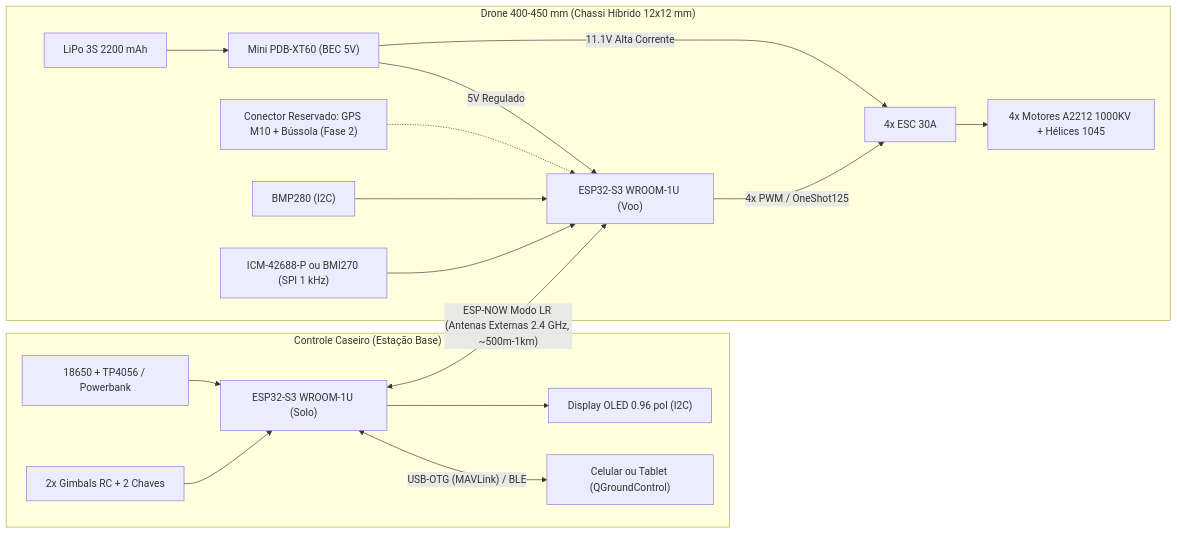
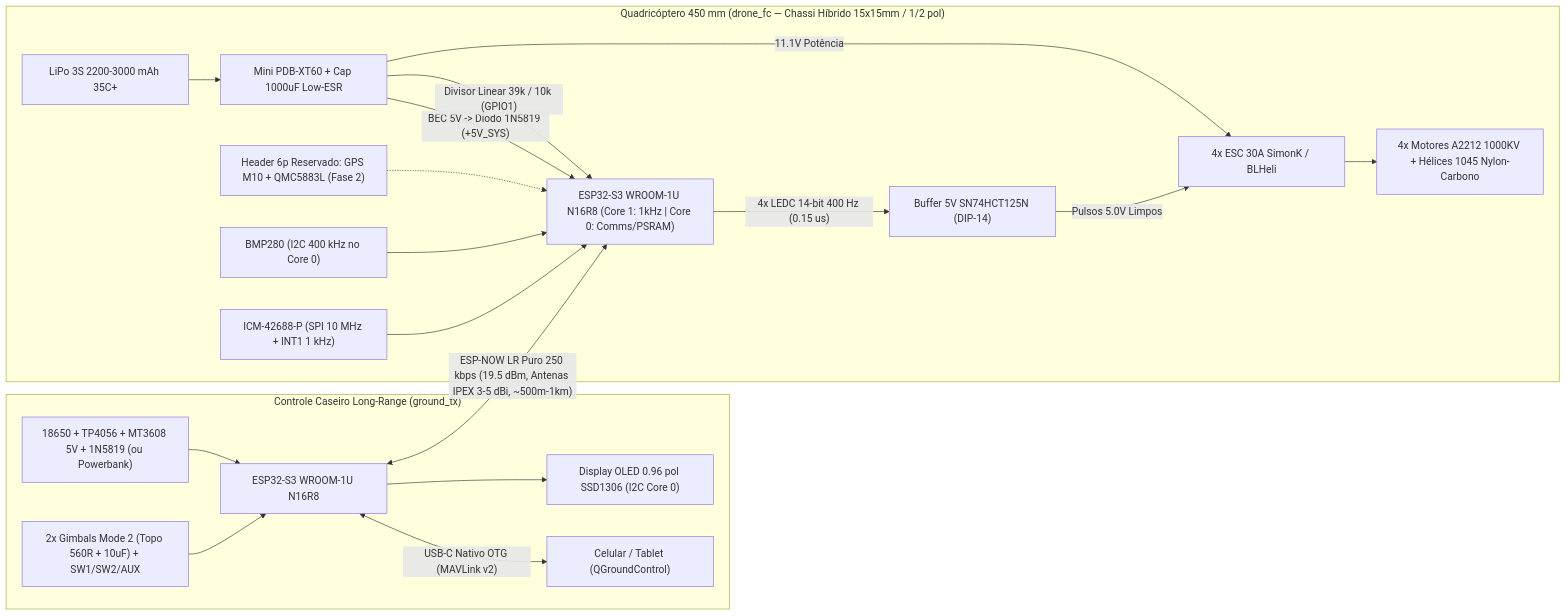
One commit to CaioPSSS/esp32s3-quad450 changed the diagram in docs/arquitetura_drone_esp32s3_450.md. Above: the diagram before and after it, drawn with Mermaid. The commit also changed other lines of this file and 28 other files, not shown here.

````diff
--- a/docs/arquitetura_drone_esp32s3_450.md
+++ b/docs/arquitetura_drone_esp32s3_450.md
@@ -9,23 +15,25 @@
 ```mermaid
 flowchart LR
-    subgraph GROUND ["Controle Caseiro (Estação Base)"]
-        GIM["2x Gimbals RC + 2 Chaves"] --> TX["ESP32-S3 WROOM-1U (Solo)"]
-        TX --> OLED["Display OLED 0.96 pol (I2C)"]
-        TX <-->|"USB-OTG (MAVLink) / BLE"| TAB["Celular ou Tablet (QGroundControl)"]
-        BAT1["18650 + TP4056 / Powerbank"] --> TX
+    subgraph GROUND ["Controle Caseiro Long-Range (ground_tx)"]
+        GIM["2x Gimbals Mode 2 (Topo 560R + 10uF) + SW1/SW2/AUX"] --> TX["ESP32-S3 WROOM-1U N16R8"]
+        TX --> OLED["Display OLED 0.96 pol SSD1306 (I2C Core 0)"]
+        TX <-->|"USB-C Nativo OTG (MAVLink v2)"| TAB["Celular / Tablet (QGroundControl)"]
+        BAT1["18650 + TP4056 + MT3608 5V + 1N5819 (ou Powerbank)"] --> TX
     end
 
-    TX <-->|"ESP-NOW Modo LR (Antenas Externas 2.4 GHz, ~500m-1km)"| RX
+    TX <-->|"ESP-NOW LR Puro 250 kbps (19.5 dBm, Antenas IPEX 3-5 dBi, ~500m-1km)"| RX
 
-    subgraph DRONE ["Drone 400-450 mm (Chassi Híbrido 12x12 mm)"]
-        RX["ESP32-S3 WROOM-1U (Voo)"]
-        IMU["ICM-42688-P ou BMI270 (SPI 1 kHz)"] --> RX
-        BARO["BMP280 (I2C)"] --> RX
-        GPS["Conector Reservado: GPS M10 + Bússola (Fase 2)"] -.-> RX
-        RX -->|"4x PWM / OneShot125"| ESC["4x ESC 30A"]
-        LIPO["LiPo 3S 2200 mAh"] --> PDB["Mini PDB-XT60 (BEC 5V)"]
-        PDB -->|"11.1V Alta Corrente"| ESC
-        PDB -->|"5V Regulado"| RX
-        ESC --> MOT["4x Motores A2212 1000KV + Hélices 1045"]
+    subgraph DRONE ["Quadricóptero 450 mm (drone_fc — Chassi Híbrido 15x15mm / 1/2 pol)"]
+        RX["ESP32-S3 WROOM-1U N16R8 (Core 1: 1kHz | Core 0: Comms/PSRAM)"]
+        IMU["ICM-42688-P (SPI 10 MHz + INT1 1 kHz)"] --> RX
+        BARO["BMP280 (I2C 400 kHz no Core 0)"] --> RX
+        GPS["Header 6p Reservado: GPS M10 + QMC5883L (Fase 2)"] -.-> RX
+        RX -->|"4x LEDC 14-bit 400 Hz (0.15 us)"| BUF["Buffer 5V SN74HCT125N (DIP-14)"]
+        BUF -->|"Pulsos 5.0V Limpos"| ESC["4x ESC 30A SimonK / BLHeli"]
+        LIPO["LiPo 3S 2200-3000 mAh 35C+"] --> PDB["Mini PDB-XT60 + Cap 1000uF Low-ESR"]
+        PDB -->|"11.1V Potência"| ESC
+        PDB -->|"BEC 5V -> Diodo 1N5819 (+5V_SYS)"| RX
+        PDB -->|"Divisor Linear 39k / 10k (GPIO1)"| RX
+        ESC --> MOT["4x Motores A2212 1000KV + Hélices 1045 Nylon-Carbono"]
     end
 ```
````
